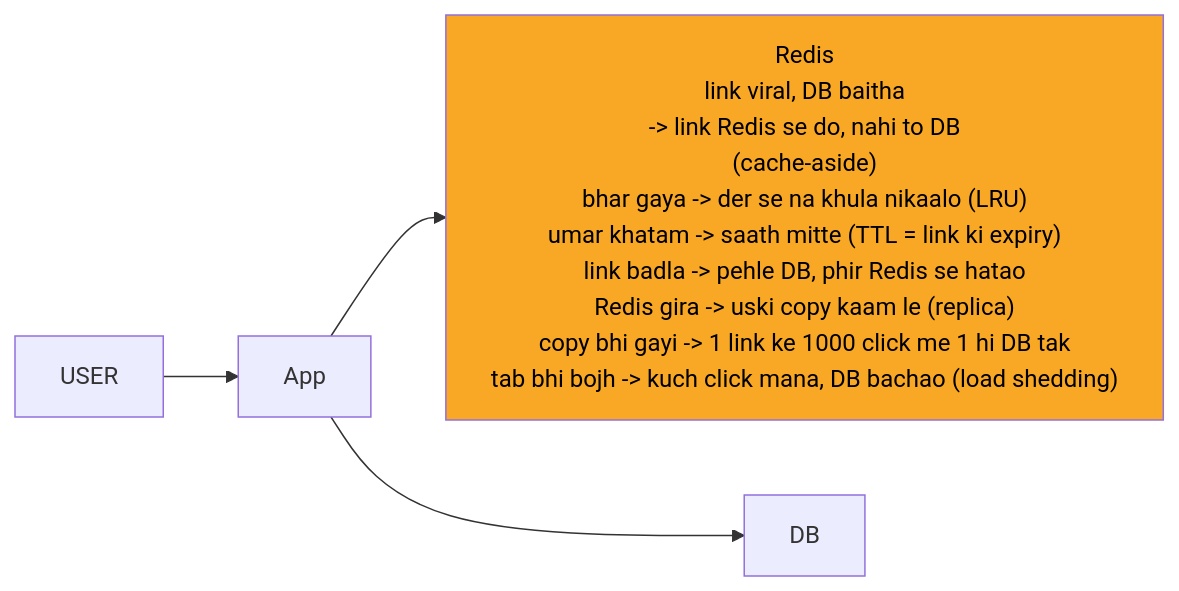
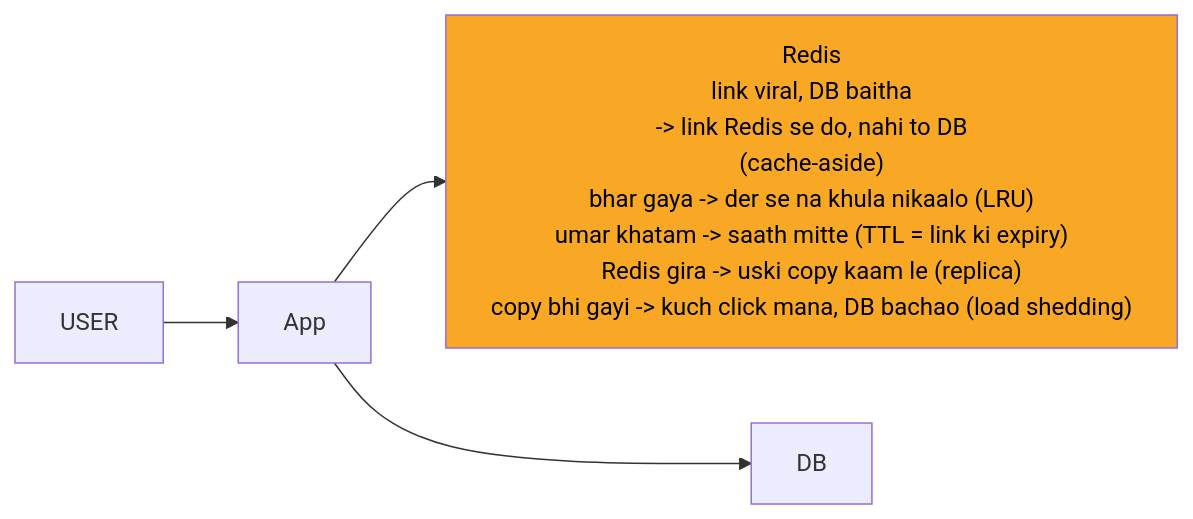
The second of 10 diagrams in 04_HLD/SYSTEM_DESIGNS/01_url_shortener/01_url_shortener.md (ArpanMaheshwari144/Prep), drawn with Mermaid before and after one commit. The commit also changed other lines of this file and 13 other files, not shown here.

````diff
--- a/04_HLD/SYSTEM_DESIGNS/01_url_shortener/01_url_shortener.md
+++ b/04_HLD/SYSTEM_DESIGNS/01_url_shortener/01_url_shortener.md
@@ -113,12 +113,12 @@
 ```mermaid
 %%{init: {"flowchart": {"wrappingWidth": 450}}}%%
 flowchart LR
     n_USER["USER"]
     n_App["App"]
-    n_Redis["Redis<br/>link viral, DB baitha<br/>-> link Redis se do, nahi to DB<br/>(cache-aside)<br/>bhar gaya -> der se na khula nikaalo (LRU)<br/>umar khatam -> saath mitte (TTL = link ki expiry)<br/>link badla -> pehle DB, phir Redis se hatao<br/>Redis gira -> uski copy kaam le (replica)<br/>copy bhi gayi -> 1 link ke 1000 click me 1 hi DB tak<br/>tab bhi bojh -> kuch click mana, DB bachao (load shedding)"]
+    n_Redis["Redis<br/>link viral, DB baitha<br/>-> link Redis se do, nahi to DB<br/>(cache-aside)<br/>bhar gaya -> der se na khula nikaalo (LRU)<br/>umar khatam -> saath mitte (TTL = link ki expiry)<br/>Redis gira -> uski copy kaam le (replica)<br/>copy bhi gayi -> kuch click mana, DB bachao (load shedding)"]
     n_DB["DB"]
     n_USER --> n_App
     n_App --> n_Redis
     n_App --> n_DB
     style n_Redis fill:#f9a825,color:#000
 ```
````
